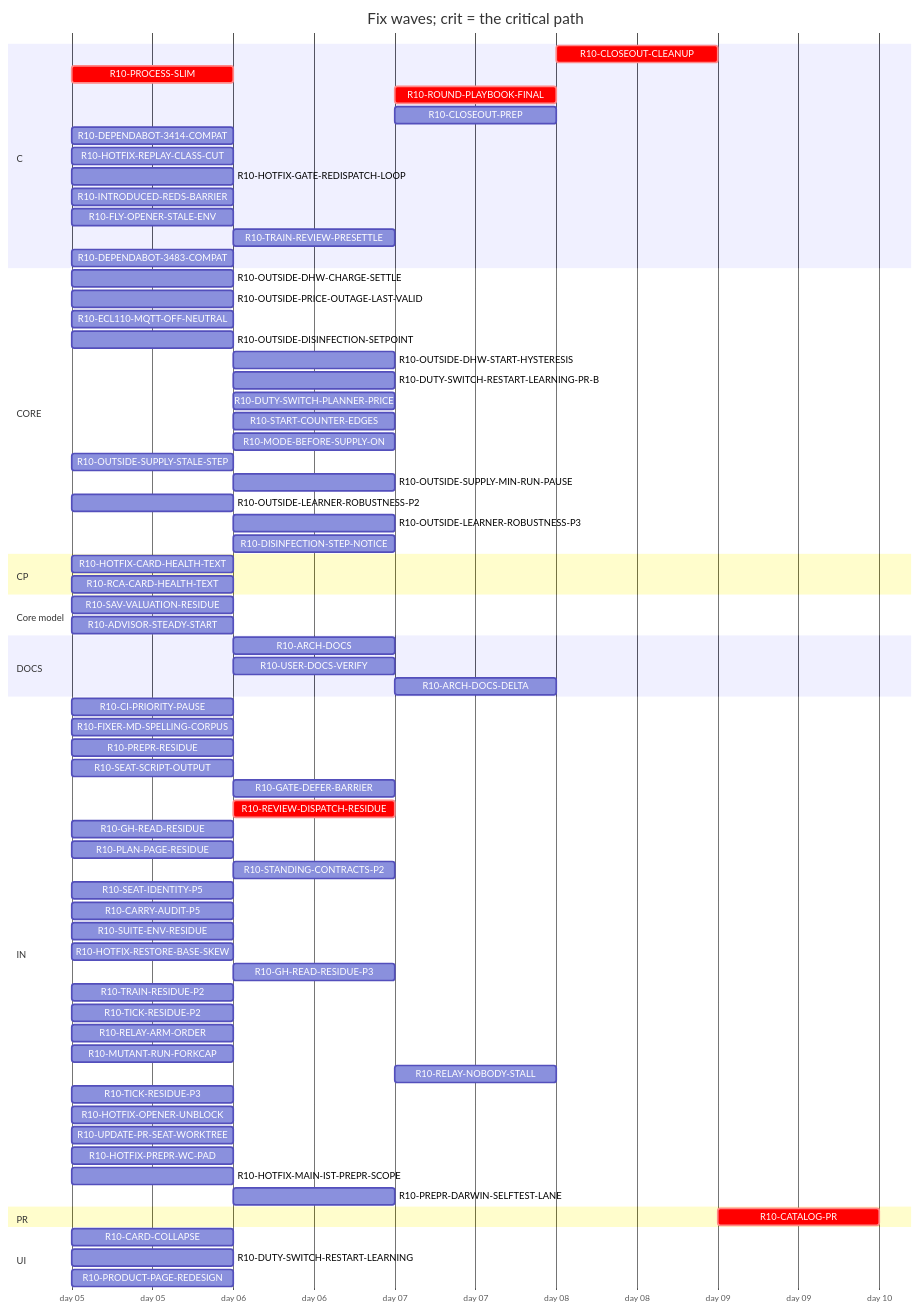
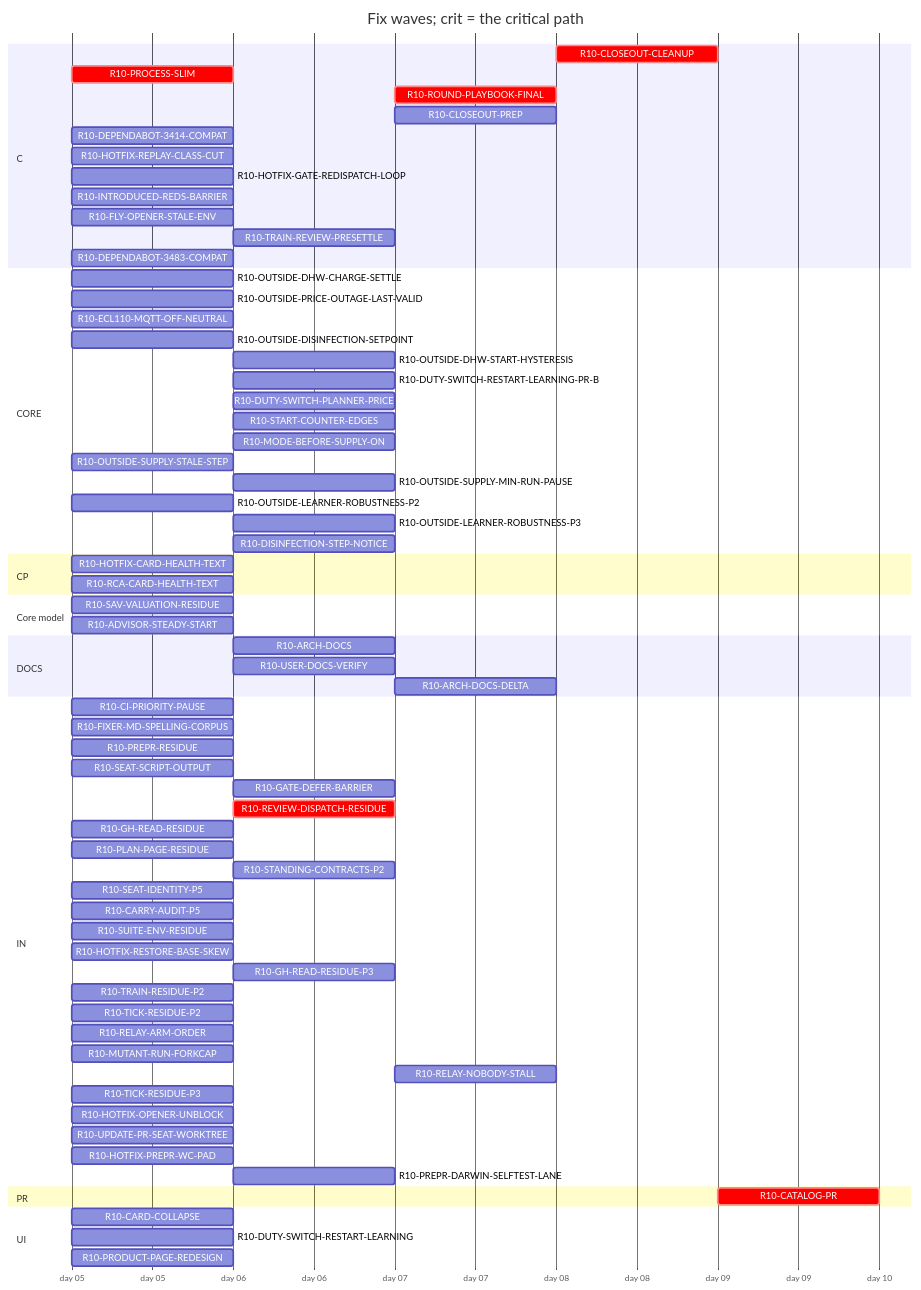
Before and after one commit to tvofi/heatpump_optimizer: the diagram in handoff/round10/state/PLAN-TABLE.md, drawn with Mermaid. The commit also changed other lines of this file and 3 other files, not shown here.

Commit message:
state: FLOW-BOARD.md, NEXT-SESSION-PROMPT.md, PLAN-TABLE.md, RESUME-CURRENT.md regenerated (state_docs.py)

````diff
--- a/handoff/round10/state/PLAN-TABLE.md
+++ b/handoff/round10/state/PLAN-TABLE.md
@@ -21,75 +21,74 @@
 ```mermaid
 gantt
   title Fix waves; crit = the critical path
   dateFormat YYYY-MM-DD
   axisFormat day %d
   section C
     R10-CLOSEOUT-CLEANUP :crit, r10CLOSEOUTCLEANUP, after r10ARCHDOCS r10USERDOCSVERIFY r10ROUNDPLAYBOOKFINAL r10CLOSEOUTPREP r10ARCHDOCSDELTA, 1d
     R10-PROCESS-SLIM :crit, r10PROCESSSLIM, 2026-01-05, 1d
     R10-ROUND-PLAYBOOK-FINAL :crit, r10ROUNDPLAYBOOKFINAL, after r10PROCESSSLIM r10FIXERMDSPELLINGCORPUS r10PREPRRESIDUE r10SEATSCRIPTOUTPUT r10REVIEWDISPATCHRESIDUE r10CARRYAUDITP5 r10SEATIDENTITYP5 r10STANDINGCONTRACTSP2 r10PLANPAGERESIDUE r10GHREADRESIDUE r10SUITEENVRESIDUE r10GATEDEFERBARRIER, 1d
     R10-CLOSEOUT-PREP :r10CLOSEOUTPREP, after r10ARCHDOCS r10PROCESSSLIM r10FIXERMDSPELLINGCORPUS r10PREPRRESIDUE r10SEATSCRIPTOUTPUT r10REVIEWDISPATCHRESIDUE r10CARRYAUDITP5 r10SEATIDENTITYP5 r10STANDINGCONTRACTSP2 r10PLANPAGERESIDUE r10GHREADRESIDUE r10SUITEENVRESIDUE r10GATEDEFERBARRIER, 1d
     R10-DEPENDABOT-3414-COMPAT :r10DEPENDABOT3414COMPAT, 2026-01-05, 1d
     R10-HOTFIX-REPLAY-CLASS-CUT :r10HOTFIXREPLAYCLASSCUT, 2026-01-05, 1d
     R10-HOTFIX-GATE-REDISPATCH-LOOP :r10HOTFIXGATEREDISPATCHLOOP, 2026-01-05, 1d
     R10-INTRODUCED-REDS-BARRIER :r10INTRODUCEDREDSBARRIER, 2026-01-05, 1d
     R10-FLY-OPENER-STALE-ENV :r10FLYOPENERSTALEENV, 2026-01-05, 1d
     R10-TRAIN-REVIEW-PRESETTLE :r10TRAINREVIEWPRESETTLE, after r10TRAINRESIDUEP2, 1d
     R10-DEPENDABOT-3483-COMPAT :r10DEPENDABOT3483COMPAT, 2026-01-05, 1d
   section CORE
     R10-OUTSIDE-DHW-CHARGE-SETTLE :r10OUTSIDEDHWCHARGESETTLE, 2026-01-05, 1d
     R10-OUTSIDE-PRICE-OUTAGE-LAST-VALID :r10OUTSIDEPRICEOUTAGELASTVALID, 2026-01-05, 1d
     R10-ECL110-MQTT-OFF-NEUTRAL :r10ECL110MQTTOFFNEUTRAL, 2026-01-05, 1d
     R10-OUTSIDE-DISINFECTION-SETPOINT :r10OUTSIDEDISINFECTIONSETPOINT, 2026-01-05, 1d
     R10-OUTSIDE-DHW-START-HYSTERESIS :r10OUTSIDEDHWSTARTHYSTERESIS, after r10OUTSIDEDISINFECTIONSETPOINT, 1d
     R10-DUTY-SWITCH-RESTART-LEARNING-PR-B :r10DUTYSWITCHRESTARTLEARNINGPRB, after r10DUTYSWITCHRESTARTLEARNING, 1d
     R10-DUTY-SWITCH-PLANNER-PRICE :r10DUTYSWITCHPLANNERPRICE, after r10DUTYSWITCHRESTARTLEARNING, 1d
     R10-START-COUNTER-EDGES :r10STARTCOUNTEREDGES, after r10DUTYSWITCHRESTARTLEARNING, 1d
     R10-MODE-BEFORE-SUPPLY-ON :r10MODEBEFORESUPPLYON, after r10DUTYSWITCHRESTARTLEARNING, 1d
     R10-OUTSIDE-SUPPLY-STALE-STEP :r10OUTSIDESUPPLYSTALESTEP, 2026-01-05, 1d
     R10-OUTSIDE-SUPPLY-MIN-RUN-PAUSE :r10OUTSIDESUPPLYMINRUNPAUSE, after r10OUTSIDESUPPLYSTALESTEP, 1d
     R10-OUTSIDE-LEARNER-ROBUSTNESS-P2 :r10OUTSIDELEARNERROBUSTNESSP2, 2026-01-05, 1d
     R10-OUTSIDE-LEARNER-ROBUSTNESS-P3 :r10OUTSIDELEARNERROBUSTNESSP3, after r10OUTSIDELEARNERROBUSTNESSP2, 1d
     R10-DISINFECTION-STEP-NOTICE :r10DISINFECTIONSTEPNOTICE, after r10OUTSIDEDISINFECTIONSETPOINT, 1d
   section CP
     R10-HOTFIX-CARD-HEALTH-TEXT :r10HOTFIXCARDHEALTHTEXT, 2026-01-05, 1d
     R10-RCA-CARD-HEALTH-TEXT :r10RCACARDHEALTHTEXT, 2026-01-05, 1d
   section Core model
     R10-SAV-VALUATION-RESIDUE :r10SAVVALUATIONRESIDUE, 2026-01-05, 1d
     R10-ADVISOR-STEADY-START :r10ADVISORSTEADYSTART, 2026-01-05, 1d
   section DOCS
     R10-ARCH-DOCS :r10ARCHDOCS, after r10PROCESSSLIM, 1d
     R10-USER-DOCS-VERIFY :r10USERDOCSVERIFY, after r10PRODUCTPAGEREDESIGN, 1d
     R10-ARCH-DOCS-DELTA :r10ARCHDOCSDELTA, after r10ARCHDOCS r10SAVVALUATIONRESIDUE r10ADVISORSTEADYSTART, 1d
   section IN
     R10-CI-PRIORITY-PAUSE :r10CIPRIORITYPAUSE, 2026-01-05, 1d
     R10-FIXER-MD-SPELLING-CORPUS :r10FIXERMDSPELLINGCORPUS, 2026-01-05, 1d
     R10-PREPR-RESIDUE :r10PREPRRESIDUE, 2026-01-05, 1d
     R10-SEAT-SCRIPT-OUTPUT :r10SEATSCRIPTOUTPUT, 2026-01-05, 1d
     R10-GATE-DEFER-BARRIER :r10GATEDEFERBARRIER, after r10HOTFIXGATEREDISPATCHLOOP, 1d
     R10-REVIEW-DISPATCH-RESIDUE :crit, r10REVIEWDISPATCHRESIDUE, after r10PROCESSSLIM, 1d
     R10-GH-READ-RESIDUE :r10GHREADRESIDUE, 2026-01-05, 1d
     R10-PLAN-PAGE-RESIDUE :r10PLANPAGERESIDUE, 2026-01-05, 1d
     R10-STANDING-CONTRACTS-P2 :r10STANDINGCONTRACTSP2, after r10FIXERMDSPELLINGCORPUS, 1d
     R10-SEAT-IDENTITY-P5 :r10SEATIDENTITYP5, 2026-01-05, 1d
     R10-CARRY-AUDIT-P5 :r10CARRYAUDITP5, 2026-01-05, 1d
     R10-SUITE-ENV-RESIDUE :r10SUITEENVRESIDUE, 2026-01-05, 1d
     R10-HOTFIX-RESTORE-BASE-SKEW :r10HOTFIXRESTOREBASESKEW, 2026-01-05, 1d
     R10-GH-READ-RESIDUE-P3 :r10GHREADRESIDUEP3, after r10GHREADRESIDUE, 1d
     R10-TRAIN-RESIDUE-P2 :r10TRAINRESIDUEP2, 2026-01-05, 1d
     R10-TICK-RESIDUE-P2 :r10TICKRESIDUEP2, 2026-01-05, 1d
     R10-RELAY-ARM-ORDER :r10RELAYARMORDER, 2026-01-05, 1d
     R10-MUTANT-RUN-FORKCAP :r10MUTANTRUNFORKCAP, 2026-01-05, 1d
     R10-RELAY-NOBODY-STALL :r10RELAYNOBODYSTALL, after r10RELAYARMORDER r10REVIEWDISPATCHRESIDUE, 1d
     R10-TICK-RESIDUE-P3 :r10TICKRESIDUEP3, 2026-01-05, 1d
     R10-HOTFIX-OPENER-UNBLOCK :r10HOTFIXOPENERUNBLOCK, 2026-01-05, 1d
     R10-UPDATE-PR-SEAT-WORKTREE :r10UPDATEPRSEATWORKTREE, 2026-01-05, 1d
     R10-HOTFIX-PREPR-WC-PAD :r10HOTFIXPREPRWCPAD, 2026-01-05, 1d
-    R10-HOTFIX-MAIN-IST-PREPR-SCOPE :r10HOTFIXMAINISTPREPRSCOPE, 2026-01-05, 1d
     R10-PREPR-DARWIN-SELFTEST-LANE :r10PREPRDARWINSELFTESTLANE, after r10HOTFIXPREPRWCPAD, 1d
   section PR
     R10-CATALOG-PR :crit, r10CATALOGPR, after r10USERDOCSVERIFY r10ARCHDOCS r10ROUNDPLAYBOOKFINAL r10CLOSEOUTCLEANUP r10CLOSEOUTPREP r10ARCHDOCSDELTA, 1d
   section UI
     R10-CARD-COLLAPSE :r10CARDCOLLAPSE, 2026-01-05, 1d
     R10-DUTY-SWITCH-RESTART-LEARNING :r10DUTYSWITCHRESTARTLEARNING, 2026-01-05, 1d
     R10-PRODUCT-PAGE-REDESIGN :r10PRODUCTPAGEREDESIGN, 2026-01-05, 1d
 ```
````
